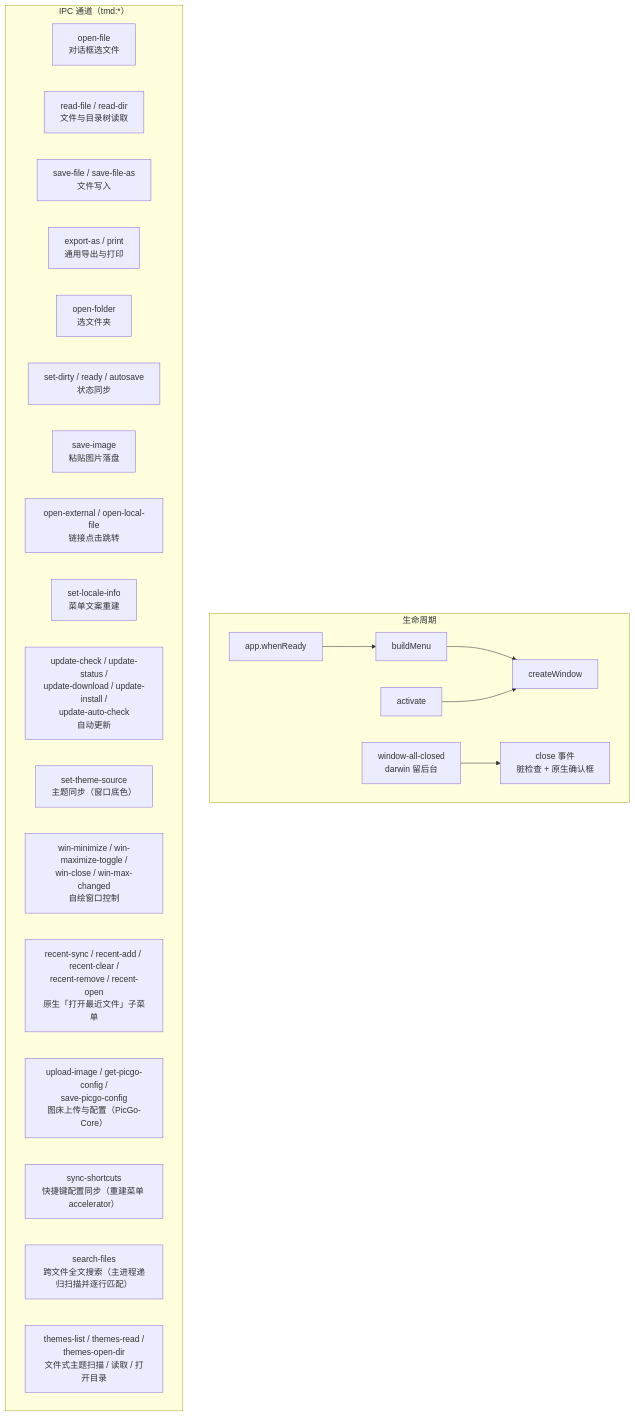
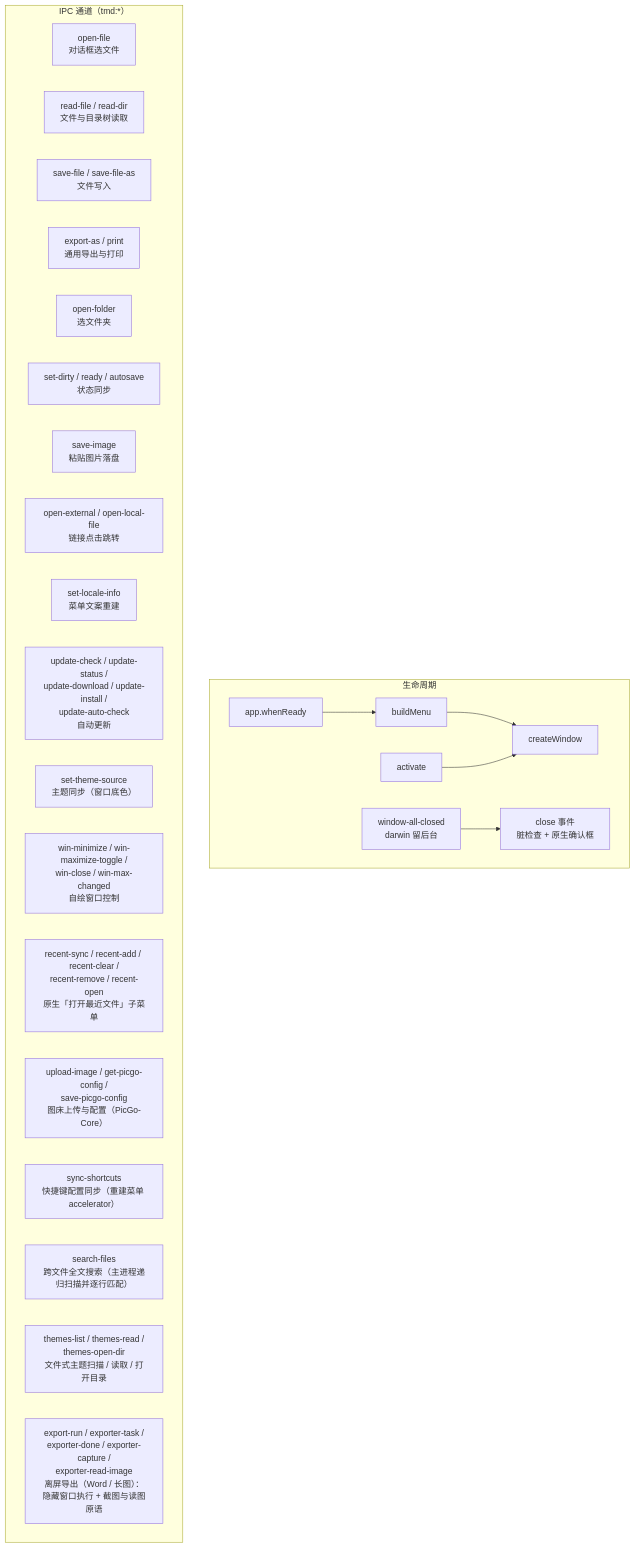
The fourth of 4 diagrams in docs/架构设计.md (ChiangyangNPU/tmd), drawn with Mermaid before and after one commit. The commit also changed other lines of this file and 34 other files, not shown here.

First line of the commit message:
feat: 支持导出 Word 与长图（v1.3）

````diff
--- a/docs/架构设计.md
+++ b/docs/架构设计.md
@@ -204,28 +209,29 @@
 ```mermaid
 flowchart TB
     subgraph 生命周期
         L1[app.whenReady] --> L2[buildMenu] --> L3[createWindow]
         L4[activate] --> L3
         L5[window-all-closed<br/>darwin 留后台] --> L6[close 事件<br/>脏检查 + 原生确认框]
     end
 
     subgraph IPC["IPC 通道（tmd:*）"]
         C1[open-file<br/>对话框选文件]
         C2[read-file / read-dir<br/>文件与目录树读取]
         C3[save-file / save-file-as<br/>文件写入]
         C4[export-as / print<br/>通用导出与打印]
         C5[open-folder<br/>选文件夹]
         C6[set-dirty / ready / autosave<br/>状态同步]
         C7[save-image<br/>粘贴图片落盘]
         C7B[open-external / open-local-file<br/>链接点击跳转]
         C8[set-locale-info<br/>菜单文案重建]
         C9[update-check / update-status /<br/>update-download / update-install /<br/>update-auto-check<br/>自动更新]
         C10[set-theme-source<br/>主题同步（窗口底色）]
         C11[win-minimize / win-maximize-toggle /<br/>win-close / win-max-changed<br/>自绘窗口控制]
         C12[recent-sync / recent-add / recent-clear /<br/>recent-remove / recent-open<br/>原生「打开最近文件」子菜单]
         C13[upload-image / get-picgo-config /<br/>save-picgo-config<br/>图床上传与配置（PicGo-Core）]
         C14[sync-shortcuts<br/>快捷键配置同步（重建菜单 accelerator）]
         C15[search-files<br/>跨文件全文搜索（主进程递归扫描并逐行匹配）]
         C16[themes-list / themes-read /<br/>themes-open-dir<br/>文件式主题扫描 / 读取 / 打开目录]
+        C17[export-run / exporter-task /<br/>exporter-done / exporter-capture /<br/>exporter-read-image<br/>离屏导出（Word / 长图）：隐藏窗口执行 + 截图与读图原语]
     end
 ```
````
